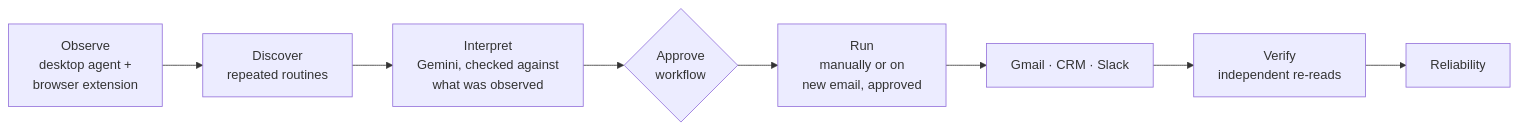
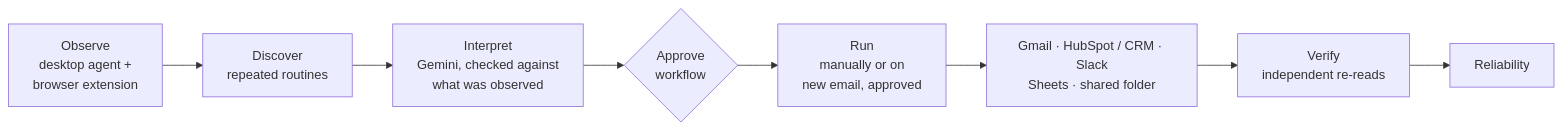
Before and after one commit to Sujalranjan/WorkFlow-OS: the diagram in README.md, drawn with Mermaid. The commit also changed other lines of this file, not shown here.

````diff
--- a/README.md
+++ b/README.md
@@ -7,10 +16,10 @@
 ```mermaid
 flowchart LR
     O[Observe<br/>desktop agent +<br/>browser extension] --> D[Discover<br/>repeated routines]
     D --> I[Interpret<br/>Gemini, checked against<br/>what was observed]
     I --> A{Approve<br/>workflow}
     A --> R[Run<br/>manually or on<br/>new email, approved]
-    R --> X[Gmail · CRM · Slack]
+    R --> X[Gmail · HubSpot / CRM · Slack<br/>Sheets · shared folder]
     X --> V[Verify<br/>independent re-reads]
     V --> L[Reliability]
 ```
````
